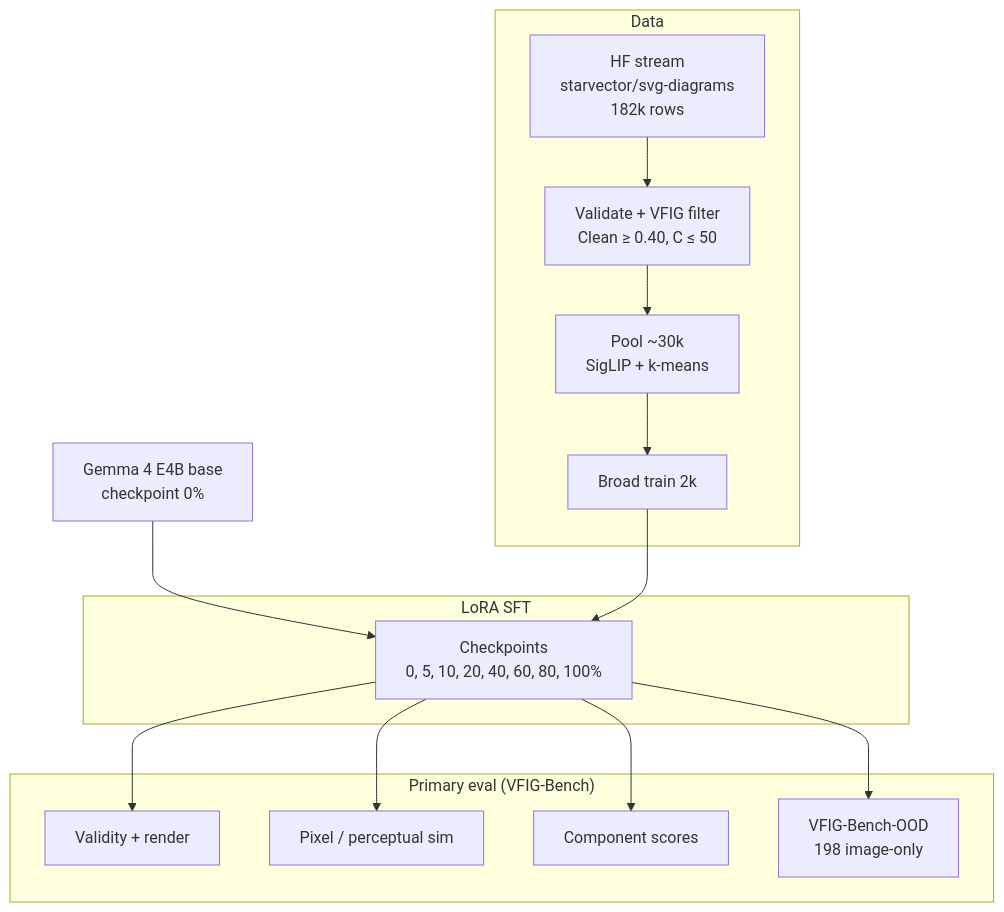
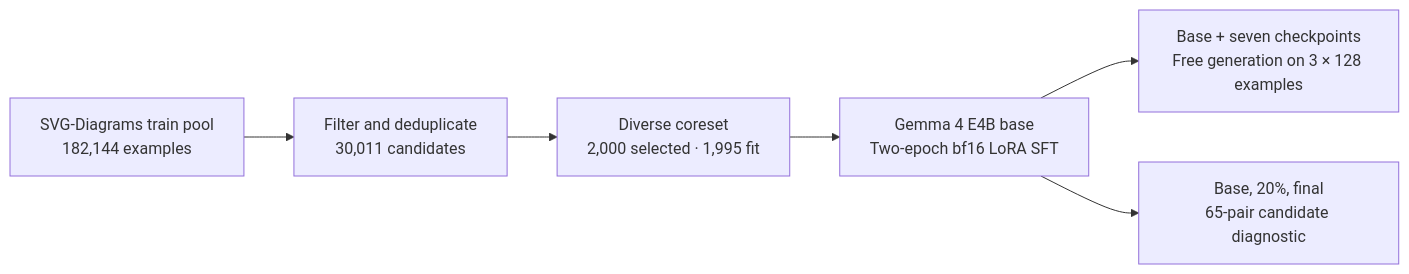
One commit to Abhijithreddydasari/Pretrain2Posttrain-NeurIPS26 changed the diagram in README.md. Above: the diagram before and after it, drawn with Mermaid. The commit also changed other lines of this file and 7 other files, not shown here.

````diff
--- a/README.md
+++ b/README.md
@@ -30,30 +39,8 @@
 ```mermaid
-flowchart TB
-  subgraph Data
-    HF["HF stream<br/>starvector/svg-diagrams<br/>182k rows"]
-    VFIGF["Validate + VFIG filter<br/>Clean ≥ 0.40, C ≤ 50"]
-    POOL["Pool ~30k<br/>SigLIP + k-means"]
-    BROAD["Broad train 2k"]
-  end
-
-  BASE["Gemma 4 E4B base<br/>checkpoint 0%"]
-
-  subgraph Train["LoRA SFT"]
-    CKPT["Checkpoints<br/>0, 5, 10, 20, 40, 60, 80, 100%"]
-  end
-
-  subgraph Eval["Primary eval (VFIG-Bench)"]
-    VAL["Validity + render"]
-    PIX["Pixel / perceptual sim"]
-    COMP["Component scores"]
-    OOD["VFIG-Bench-OOD<br/>198 image-only"]
-  end
-
-  HF --> VFIGF --> POOL --> BROAD
-  BASE --> CKPT
-  BROAD --> CKPT
-  CKPT --> VAL
-  CKPT --> PIX
-  CKPT --> COMP
-  CKPT --> OOD
+flowchart LR
+  A["SVG-Diagrams train pool<br/>182,144 examples"] --> B["Filter and deduplicate<br/>30,011 candidates"]
+  B --> C["Diverse coreset<br/>2,000 selected · 1,995 fit"]
+  C --> D["Gemma 4 E4B base<br/>Two-epoch bf16 LoRA SFT"]
+  D --> E["Base + seven checkpoints<br/>Free generation on 3 × 128 examples"]
+  D --> F["Base, 20%, final<br/>65-pair candidate diagnostic"]
 ```
````
